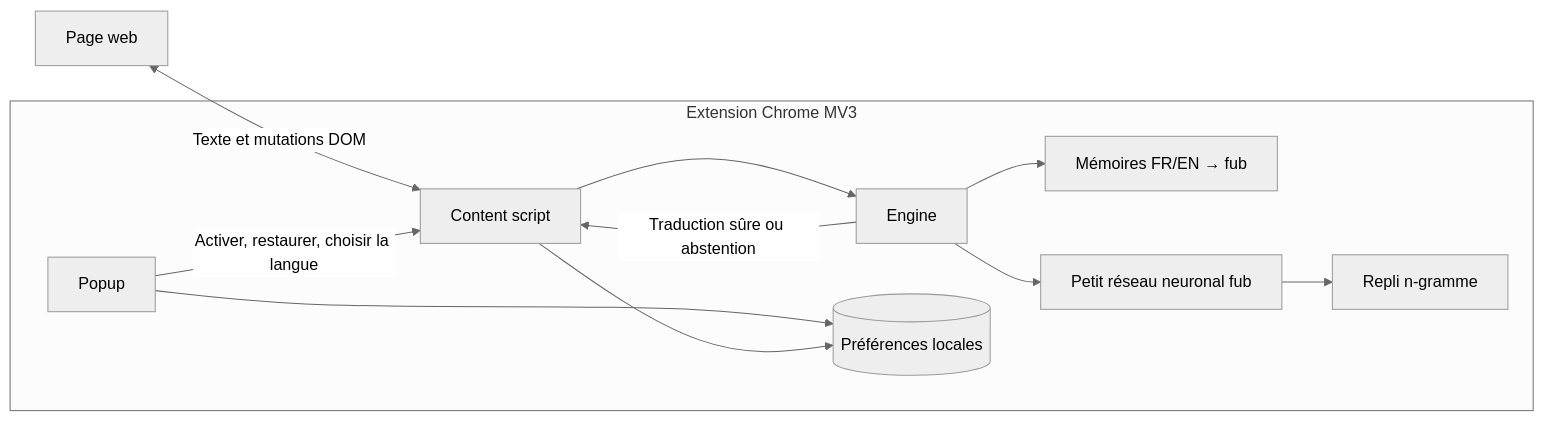
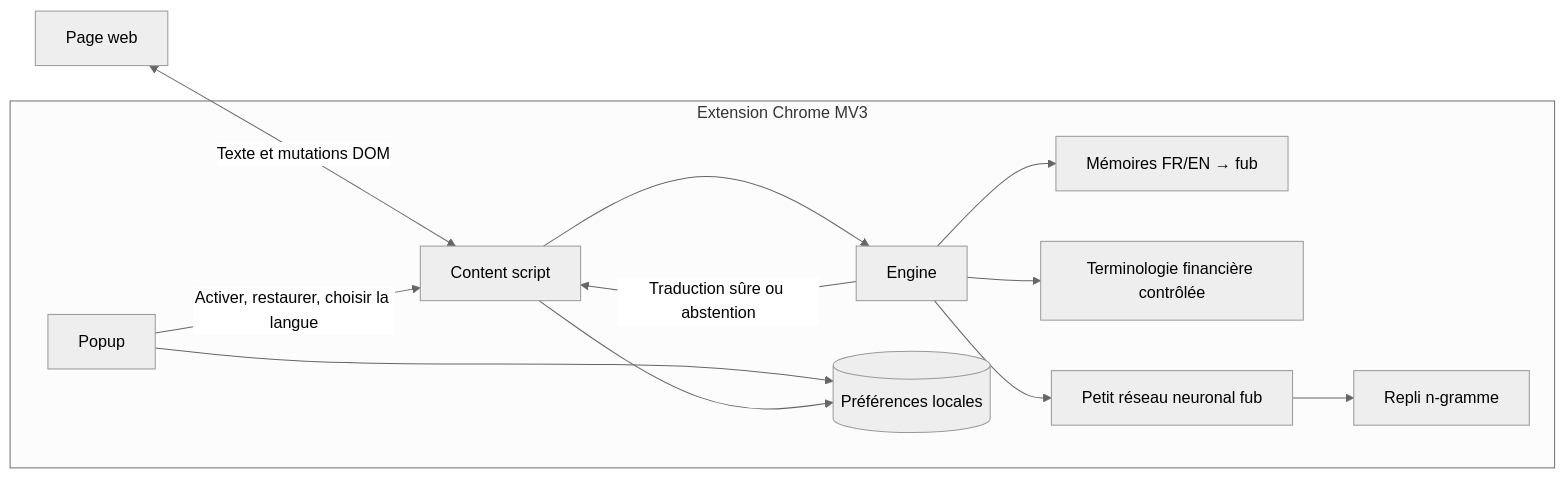
The first of 7 diagrams in docs/ARCHITECTURE.md (kaezerwatto/KORA), drawn with Mermaid (neutral theme) before and after one commit. The commit also changed other lines of this file and 48 other files, not shown here.

````diff
--- a/docs/ARCHITECTURE.md
+++ b/docs/ARCHITECTURE.md
@@ -17,22 +17,24 @@
 ```mermaid
 flowchart LR
     subgraph Chrome["Extension Chrome MV3"]
         P[Popup]
         C[Content script]
         E[Engine]
         TM[Mémoires FR/EN → fub]
+        CT[Terminologie financière contrôlée]
         LM[Petit réseau neuronal fub]
         NG[Repli n-gramme]
         S[(Préférences locales)]
     end
 
     W[Page web] <-->|Texte et mutations DOM| C
     P -->|Activer, restaurer, choisir la langue| C
     P --> S
     C --> S
     C --> E
     E --> TM
+    E --> CT
     E --> LM
     LM --> NG
     E -->|Traduction sûre ou abstention| C
 ```
````
